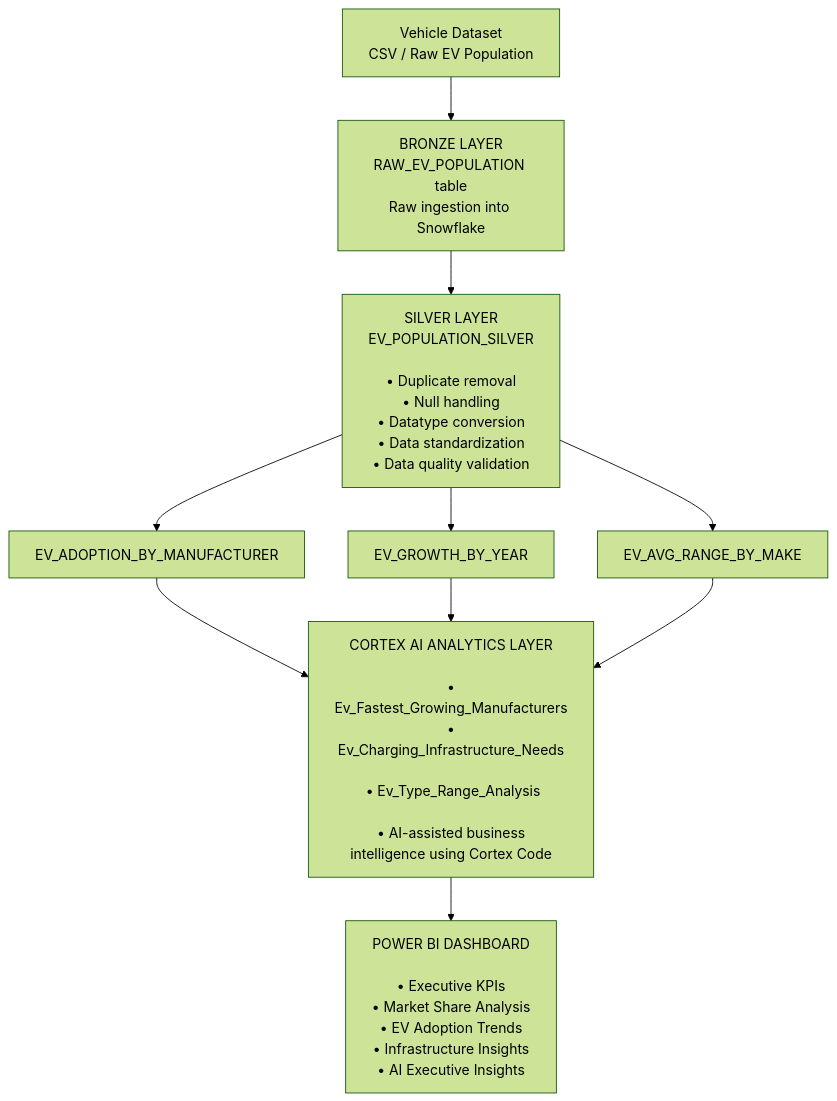
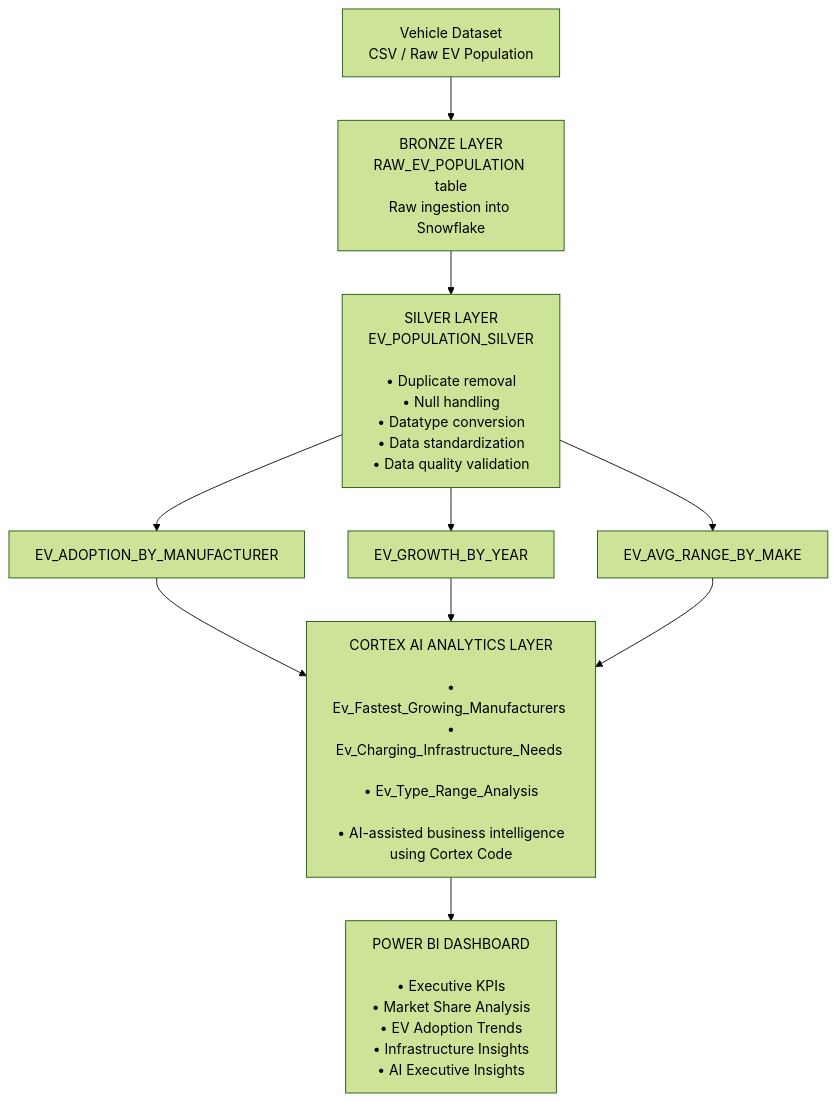
Before and after one commit to praveenaluru2256/snowflake-cortex-ev-analytics-platform: the diagram in README.md, drawn with Mermaid (forest theme).

````diff
--- a/README.md
+++ b/README.md
@@ -47,20 +47,20 @@
 ```mermaid
 flowchart TD
 
 A[Vehicle Dataset<br>CSV / Raw EV Population]
 
 A --> B[BRONZE LAYER<br>RAW_EV_POPULATION table<br>Raw ingestion into Snowflake]
 
 B --> C[SILVER LAYER<br>EV_POPULATION_SILVER<br><br>• Duplicate removal<br>• Null handling<br>• Datatype conversion<br>• Data standardization<br>• Data quality validation]
 
 C --> D1[EV_ADOPTION_BY_MANUFACTURER]
 C --> D2[EV_GROWTH_BY_YEAR]
 C --> D3[EV_AVG_RANGE_BY_MAKE]
 
-D1 --> E[CORTEX AI ANALYTICS LAYER<br><br> • Ev_Fastest_Growing_Manufacturers<br> • Ev_Charging_Infrastructure_Needs<br><br> • Ev_Type_Range_Analysis<br><br> • AI-assisted business intelligence using Cortex Code]
+D1 --> E[CORTEX AI ANALYTICS LAYER<br><br> • Ev_Fastest_Growing_Manufacturers <br> • Ev_Charging_Infrastructure_Needs <br><br> • Ev_Type_Range_Analysis <br><br> • AI-assisted business intelligence using Cortex Code]
 
 D2 --> E
 D3 --> E
 
 E --> F[POWER BI DASHBOARD<br><br>• Executive KPIs<br>• Market Share Analysis<br>• EV Adoption Trends<br>• Infrastructure Insights<br>• AI Executive Insights]
 ```
````
